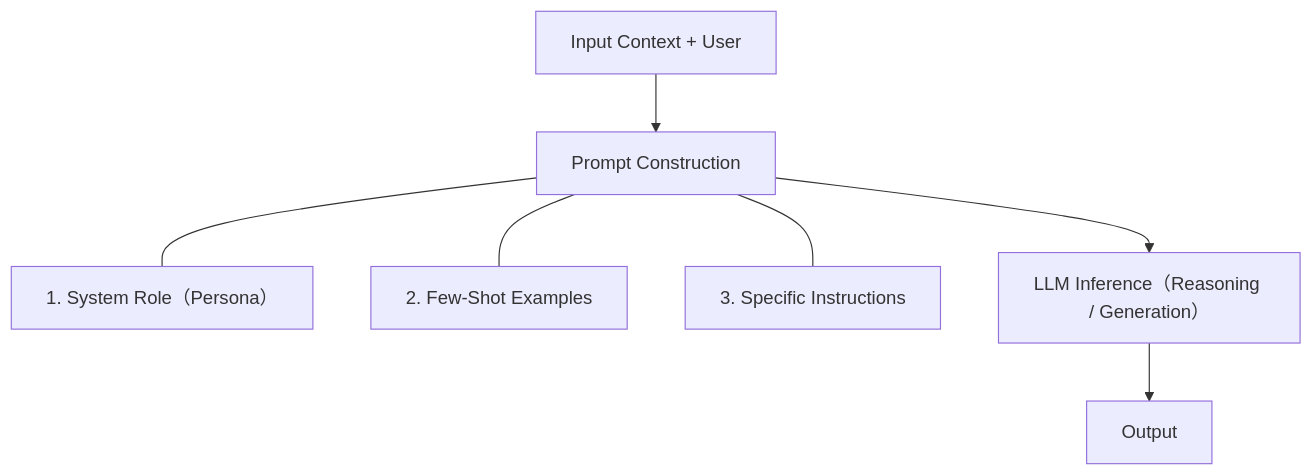
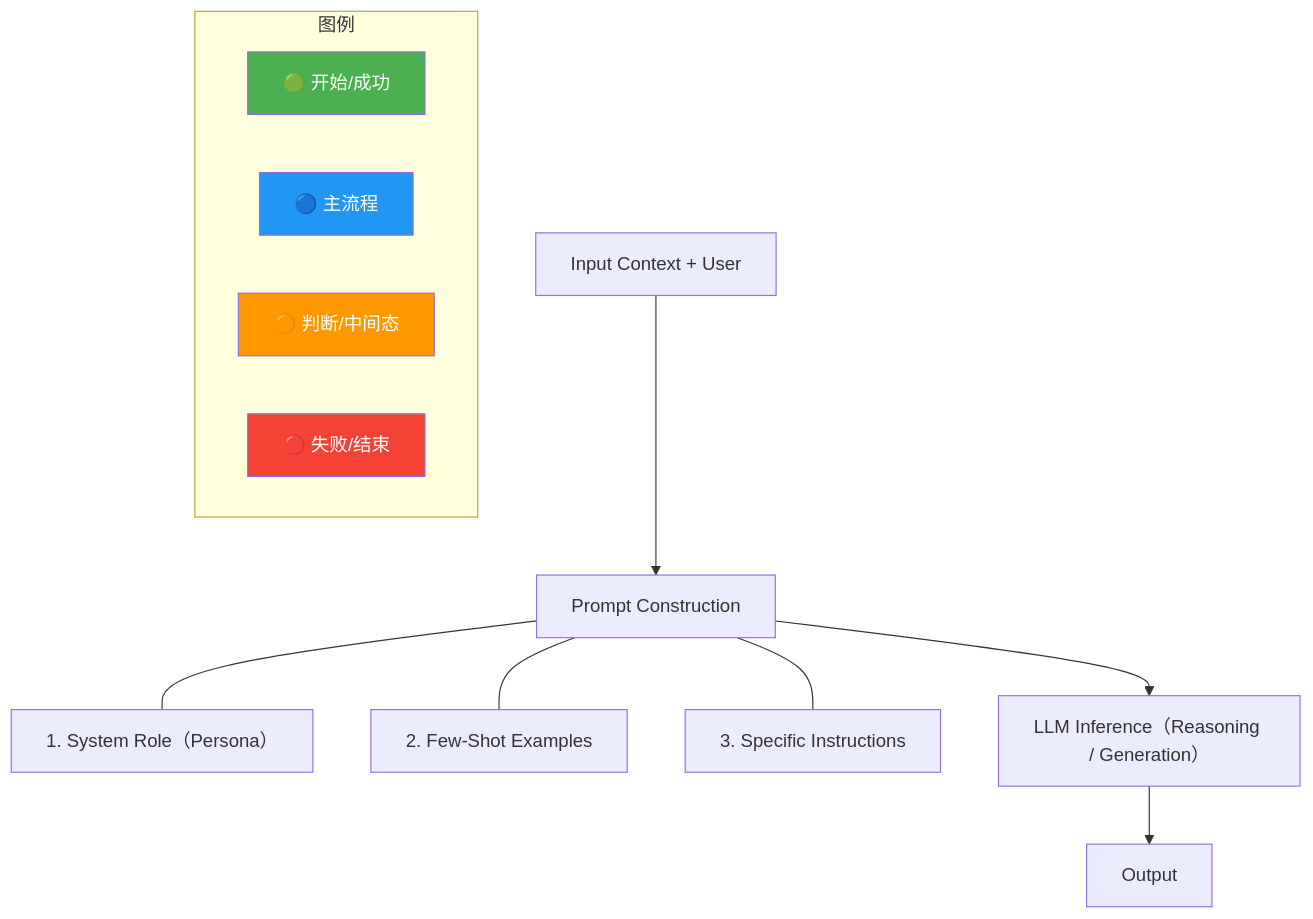
Before and after one commit to SunArthur86/interview-2026: the diagram in questions/eng-practice/agq-088.md, drawn with Mermaid. The commit also changed other lines of this file and 3180 other files, not shown here.

First line of the commit message:
Mermaid颜色增强99% + 面试频率分类(高频1571/中频1115/低频461)

````diff
--- a/questions/eng-practice/agq-088.md
+++ b/questions/eng-practice/agq-088.md
@@ -53,17 +54,54 @@
 ```mermaid
 flowchart TB
+    classDef start fill:#4CAF50,color:#fff
+    classDef process fill:#2196F3,color:#fff
+    classDef decision fill:#FF9800,color:#fff
+    classDef special fill:#9C27B0,color:#fff
+    classDef error fill:#f44336,color:#fff
+    classDef info fill:#607D8B,color:#fff
+    class Construction start
+    class Context process
+    class Examples decision
+    class Few special
+    class Generation error
+    class Inference info
+    class Input start
+    class Instructions process
+    class LLM decision
+    class Output special
+    class Persona error
+    class Prompt info
+    class Reasoning start
+    class Role process
+    class Shot decision
+    class Specific special
+    class System error
+    class User info
+    class construct start
+    class few process
+    class input decision
+    class instr special
+    class llm error
+    class output info
+    class role start
     input["Input Context + User"]
     construct["Prompt Construction"]
     role["1. System Role（Persona）"]
     few["2. Few-Shot Examples"]
     instr["3. Specific Instructions"]
     llm["LLM Inference（Reasoning / Generation）"]
     output["Output"]
 
     input --> construct
     construct --- role
     construct --- few
     construct --- instr
     construct --> llm
     llm --> output
+    subgraph Legend["图例"]
+        L1["🟢 开始/成功"]:::start
+        L2["🔵 主流程"]:::process
+        L3["🟠 判断/中间态"]:::decision
+        L4["🔴 失败/结束"]:::error
+    end
 ```
````
